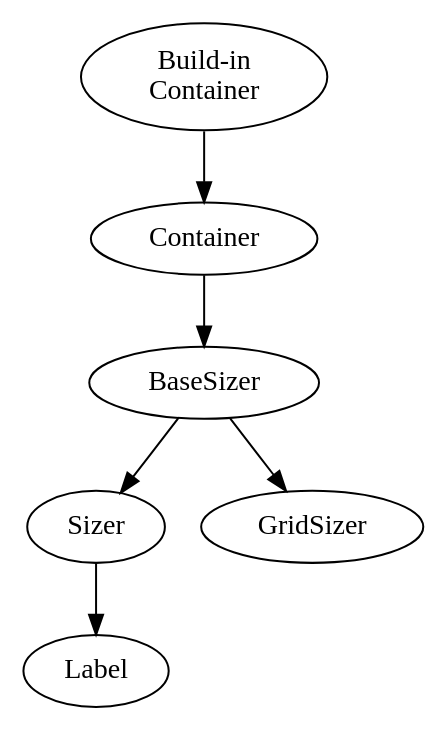
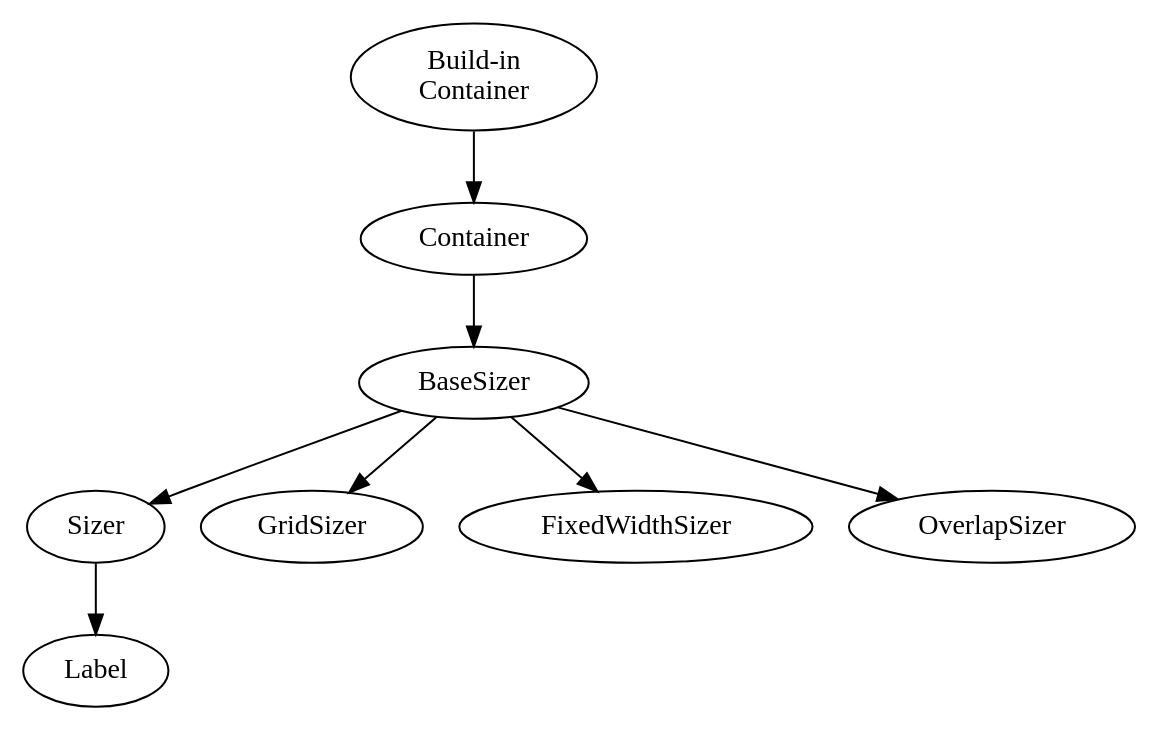
One commit to rexrainbow/phaser4-rex-plugins changed the diagram in doc/source/gameobject/sizer/class-tree.dot. Above: the diagram before and after it, drawn with Graphviz. The commit also changed 34 other files, not shown here.

Commit message:
Add OverlapSizer

```diff
--- a/doc/source/gameobject/sizer/class-tree.dot
+++ b/doc/source/gameobject/sizer/class-tree.dot
@@ -1,8 +1,10 @@
 digraph ClassTree {
     
     BuiltInContainer[label="Build-in\nContainer"]
     
     BuiltInContainer -> Container -> BaseSizer
     BaseSizer -> Sizer -> Label
     BaseSizer -> GridSizer
+    BaseSizer -> FixedWidthSizer
+    BaseSizer -> OverlapSizer
 }
```
